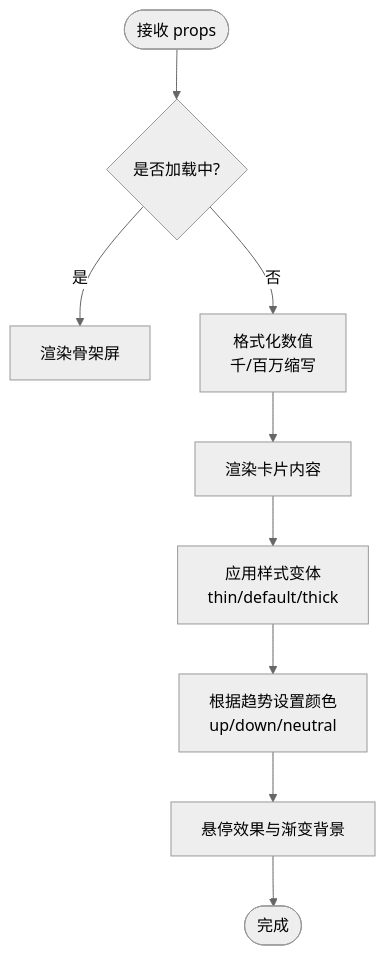
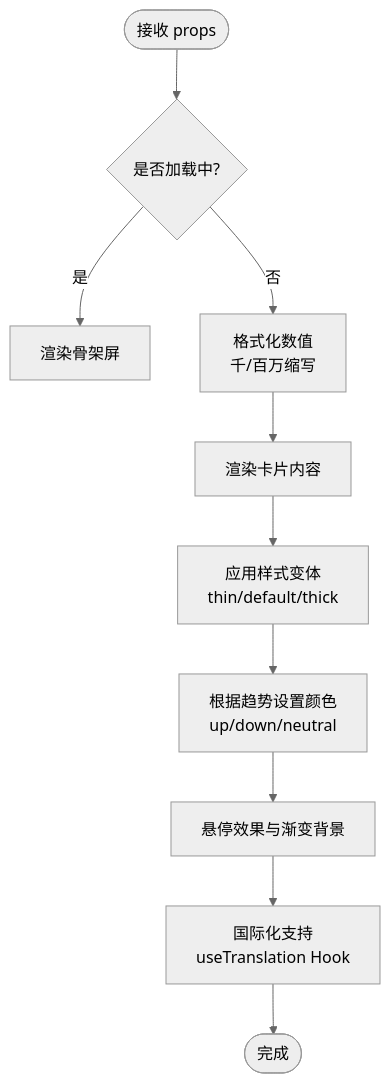
One commit to RadiumAg/AIGate changed the third of 15 diagrams in .qoder/repowiki/zh/content/监控与分析/仪表板组件.md. Above: the diagram before and after it, drawn with Mermaid (neutral theme). The commit also changed other lines of this file and 3 other files, not shown here.

````diff
--- a/.qoder/repowiki/zh/content/监控与分析/仪表板组件.md
+++ b/.qoder/repowiki/zh/content/监控与分析/仪表板组件.md
@@ -193,11 +217,12 @@
 ```mermaid
 flowchart TD
 Start(["接收 props"]) --> CheckLoading{"是否加载中?"}
 CheckLoading --> |是| RenderSkeleton["渲染骨架屏"]
 CheckLoading --> |否| FormatValue["格式化数值<br/>千/百万缩写"]
 FormatValue --> RenderCard["渲染卡片内容"]
 RenderCard --> StyleVariant["应用样式变体<br/>thin/default/thick"]
 StyleVariant --> TrendColor["根据趋势设置颜色<br/>up/down/neutral"]
 TrendColor --> HoverEffects["悬停效果与渐变背景"]
-HoverEffects --> End(["完成"])
+HoverEffects --> I18nSupport["国际化支持<br/>useTranslation Hook"]
+I18nSupport --> End(["完成"])
 ```
````
